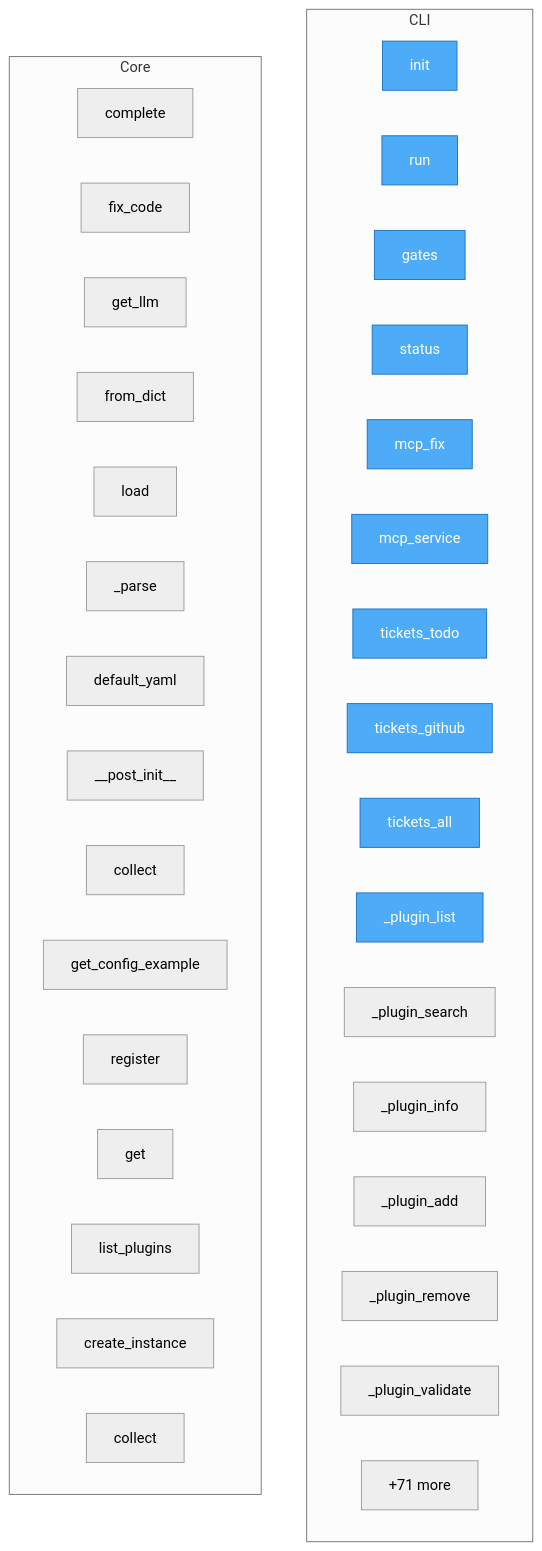
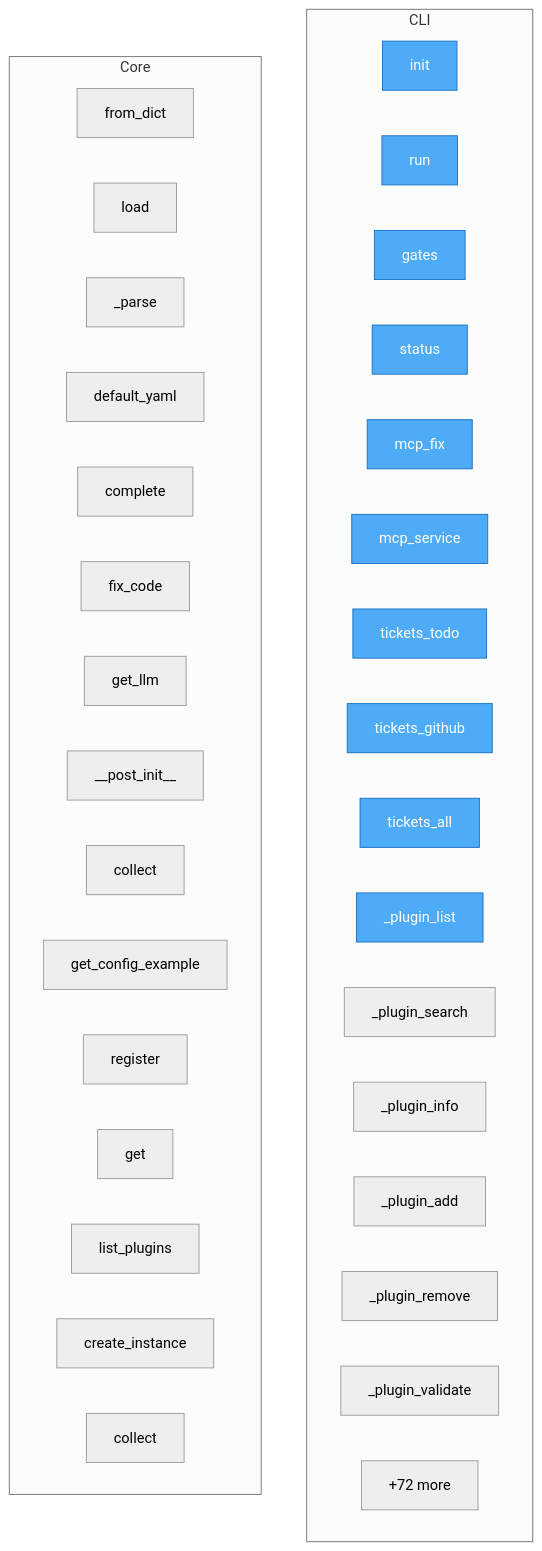
Before and after one commit to semcod/pyqual: the diagram in project/flow.mmd, drawn with Mermaid (neutral theme). The commit also changed 42 other files, not shown here.

```diff
--- a/project/flow.mmd
+++ b/project/flow.mmd
@@ -1,44 +1,44 @@
 flowchart TD
 
     %% Entry points (blue)
     classDef entry fill:#4dabf7,stroke:#1971c2,color:#fff
 
     subgraph CLI
         pyqual__cli__init["init"]
         pyqual__cli__run["run"]
         pyqual__cli__gates["gates"]
         pyqual__cli__status["status"]
         pyqual__cli__mcp_fix["mcp_fix"]
         pyqual__cli__mcp_service["mcp_service"]
         pyqual__cli__tickets_todo["tickets_todo"]
         pyqual__cli__tickets_github["tickets_github"]
         pyqual__cli__tickets_all["tickets_all"]
         pyqual__cli___plugin_list["_plugin_list"]
         pyqual__cli___plugin_search["_plugin_search"]
         pyqual__cli___plugin_info["_plugin_info"]
         pyqual__cli___plugin_add["_plugin_add"]
         pyqual__cli___plugin_remove["_plugin_remove"]
         pyqual__cli___plugin_validate["_plugin_validate"]
         ...["+3 more"]
     end
 
     subgraph Core
-        pyqual__llm__LLM__complete["complete"]
-        pyqual__llm__LLM__fix_code["fix_code"]
-        pyqual__llm__get_llm["get_llm"]
         pyqual__config__GateConfig__from_dict["from_dict"]
         pyqual__config__PyqualConfig__load["load"]
         pyqual__config__PyqualConfig___parse["_parse"]
         pyqual__config__PyqualConfig__default_yaml["default_yaml"]
+        pyqual__llm__LLM__complete["complete"]
+        pyqual__llm__LLM__fix_code["fix_code"]
+        pyqual__llm__get_llm["get_llm"]
         pyqual__plugins__PluginMetadata____post_init__["__post_init__"]
         pyqual__plugins__MetricCollector__collect["collect"]
         pyqual__plugins__MetricCollector__get_config_example["get_config_example"]
         pyqual__plugins__PluginRegistry__register["register"]
         pyqual__plugins__PluginRegistry__get["get"]
         pyqual__plugins__PluginRegistry__list_plugins["list_plugins"]
         pyqual__plugins__PluginRegistry__create_instance["create_instance"]
         pyqual__plugins__LLMBenchCollector__collect["collect"]
-        ...["+71 more"]
+        ...["+72 more"]
     end
 
     class pyqual__cli__init,pyqual__cli__run,pyqual__cli__gates,pyqual__cli__status,pyqual__cli__mcp_fix,pyqual__cli__mcp_service,pyqual__cli__tickets_todo,pyqual__cli__tickets_github,pyqual__cli__tickets_all,pyqual__cli___plugin_list entry
```
